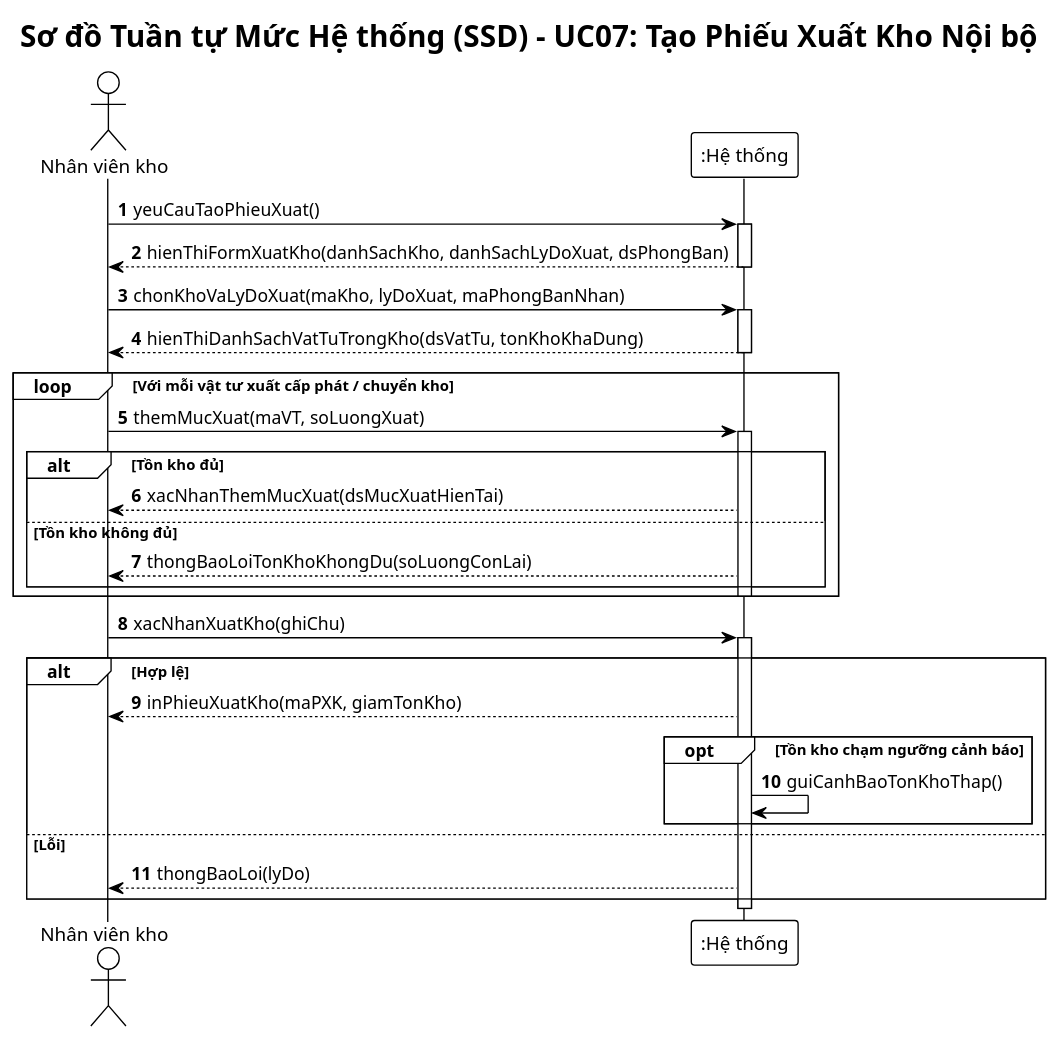
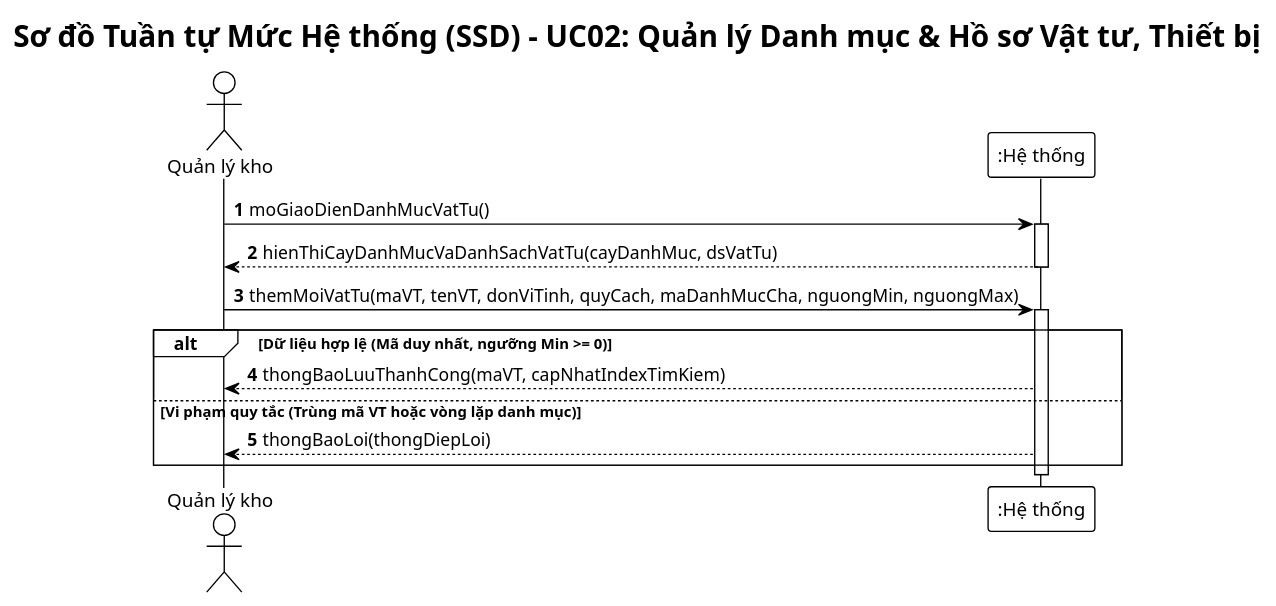
The second of 7 diagrams in BTL-QuanLyKhoHang/plantuml/ssd.puml (vuhoabinh2416137/G8_Quanlysanphamvakhohang), drawn with PlantUML before and after one commit. The commit also changed other lines of this file and 26 other files, not shown here.

Commit message:
Chuan hoa 07 Use Case cot loi, cap nhat so do UML va tai lieu phan cong nhiem vu

```diff
--- a/BTL-QuanLyKhoHang/plantuml/ssd.puml
+++ b/BTL-QuanLyKhoHang/plantuml/ssd.puml
@@ -39,44 +32,25 @@
-@startuml ssd-xuat-kho
+@startuml ssd-danh-muc-vat-tu
 !theme plain
 autonumber
 skinparam responseMessageBelowArrow true
 skinparam defaultFontName "Arial"
 
-title Sơ đồ Tuần tự Mức Hệ thống (SSD) - UC07: Tạo Phiếu Xuất Kho Nội bộ
+title Sơ đồ Tuần tự Mức Hệ thống (SSD) - UC02: Quản lý Danh mục & Hồ sơ Vật tư, Thiết bị
 
-actor "Nhân viên kho" as NV
+actor "Quản lý kho" as QLK
 participant ":Hệ thống" as Sys
 
-NV -> Sys: yeuCauTaoPhieuXuat()
+QLK -> Sys: moGiaoDienDanhMucVatTu()
 activate Sys
-Sys --> NV: hienThiFormXuatKho(danhSachKho, danhSachLyDoXuat, dsPhongBan)
+Sys --> QLK: hienThiCayDanhMucVaDanhSachVatTu(cayDanhMuc, dsVatTu)
 deactivate Sys
 
-NV -> Sys: chonKhoVaLyDoXuat(maKho, lyDoXuat, maPhongBanNhan)
+QLK -> Sys: themMoiVatTu(maVT, tenVT, donViTinh, quyCach, maDanhMucCha, nguongMin, nguongMax)
 activate Sys
-Sys --> NV: hienThiDanhSachVatTuTrongKho(dsVatTu, tonKhoKhaDung)
-deactivate Sys
-
-loop Với mỗi vật tư xuất cấp phát / chuyển kho
-    NV -> Sys: themMucXuat(maVT, soLuongXuat)
-    activate Sys
-    alt Tồn kho đủ
-        Sys --> NV: xacNhanThemMucXuat(dsMucXuatHienTai)
-    else Tồn kho không đủ
-        Sys --> NV: thongBaoLoiTonKhoKhongDu(soLuongConLai)
-    end
-    deactivate Sys
-end
-
-NV -> Sys: xacNhanXuatKho(ghiChu)
-activate Sys
-alt Hợp lệ
-    Sys --> NV: inPhieuXuatKho(maPXK, giamTonKho)
-    opt Tồn kho chạm ngưỡng cảnh báo
-        Sys -> Sys: guiCanhBaoTonKhoThap()
-    end
-else Lỗi
-    Sys --> NV: thongBaoLoi(lyDo)
+alt Dữ liệu hợp lệ (Mã duy nhất, ngưỡng Min >= 0)
+    Sys --> QLK: thongBaoLuuThanhCong(maVT, capNhatIndexTimKiem)
+else Vi phạm quy tắc (Trùng mã VT hoặc vòng lặp danh mục)
+    Sys --> QLK: thongBaoLoi(thongDiepLoi)
 end
 deactivate Sys
 @enduml
```
